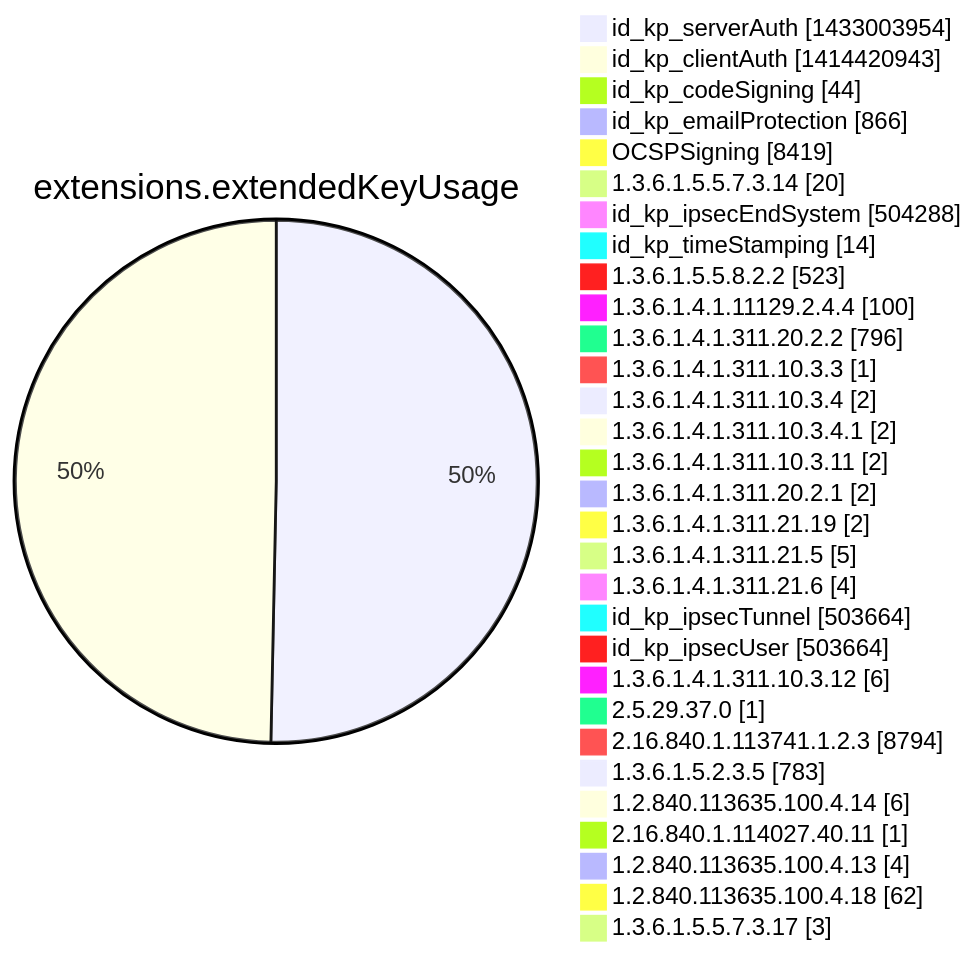
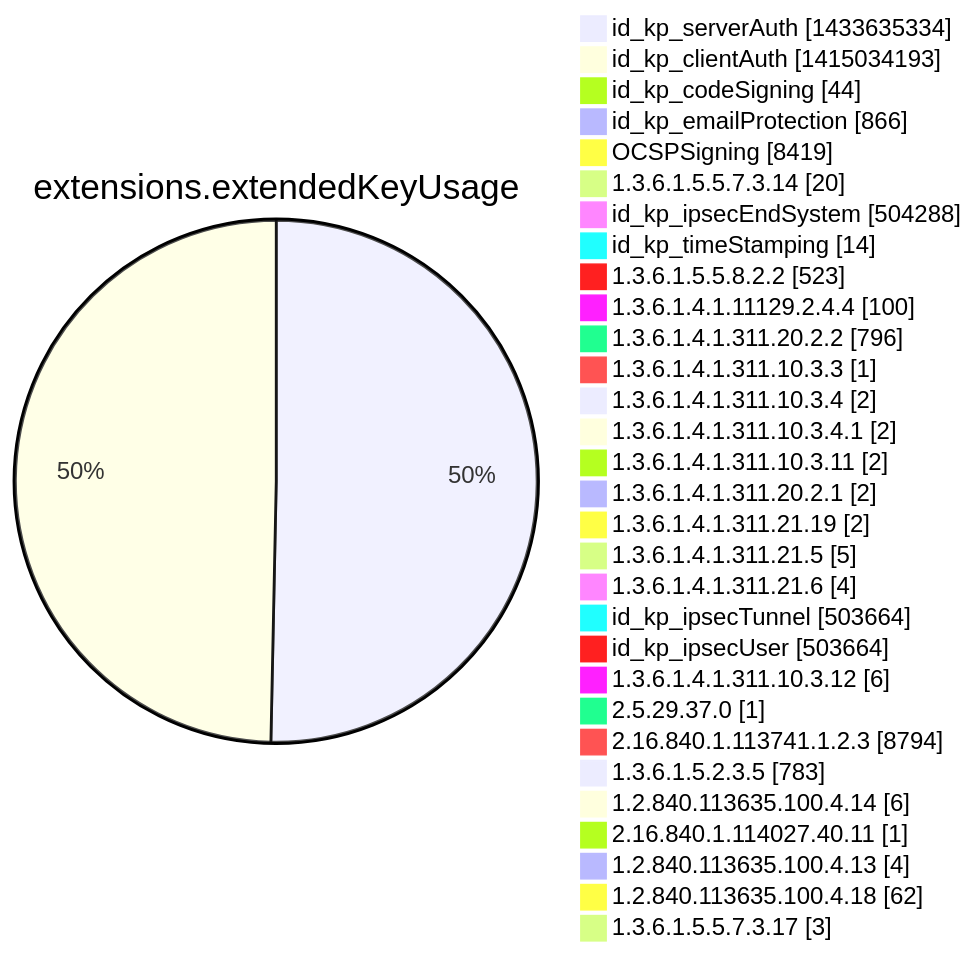
Before and after one commit to christiankrug/ctmonitor_visualization: diagram 12 of 15 in argon2022/README.md, drawn with Mermaid. The commit also changed other lines of this file, not shown here.

````diff
--- a/argon2022/README.md
+++ b/argon2022/README.md
@@ -3555,34 +3555,34 @@
 ```mermaid
 pie showData
 title extensions.extendedKeyUsage
-"id_kp_serverAuth" :1433003954
-"id_kp_clientAuth" :1414420943
+"id_kp_serverAuth" :1433635334
+"id_kp_clientAuth" :1415034193
 "id_kp_codeSigning" :44
 "id_kp_emailProtection" :866
 "OCSPSigning" :8419
 "1.3.6.1.5.5.7.3.14" :20
 "id_kp_ipsecEndSystem" :504288
 "id_kp_timeStamping" :14
 "1.3.6.1.5.5.8.2.2" :523
 "1.3.6.1.4.1.11129.2.4.4" :100
 "1.3.6.1.4.1.311.20.2.2" :796
 "1.3.6.1.4.1.311.10.3.3" :1
 "1.3.6.1.4.1.311.10.3.4" :2
 "1.3.6.1.4.1.311.10.3.4.1" :2
 "1.3.6.1.4.1.311.10.3.11" :2
 "1.3.6.1.4.1.311.20.2.1" :2
 "1.3.6.1.4.1.311.21.19" :2
 "1.3.6.1.4.1.311.21.5" :5
 "1.3.6.1.4.1.311.21.6" :4
 "id_kp_ipsecTunnel" :503664
 "id_kp_ipsecUser" :503664
 "1.3.6.1.4.1.311.10.3.12" :6
 "2.5.29.37.0" :1
 "2.16.840.1.113741.1.2.3" :8794
 "1.3.6.1.5.2.3.5" :783
 "1.2.840.113635.100.4.14" :6
 "2.16.840.1.114027.40.11" :1
 "1.2.840.113635.100.4.13" :4
 "1.2.840.113635.100.4.18" :62
 "1.3.6.1.5.5.7.3.17" :3
 ```
````
